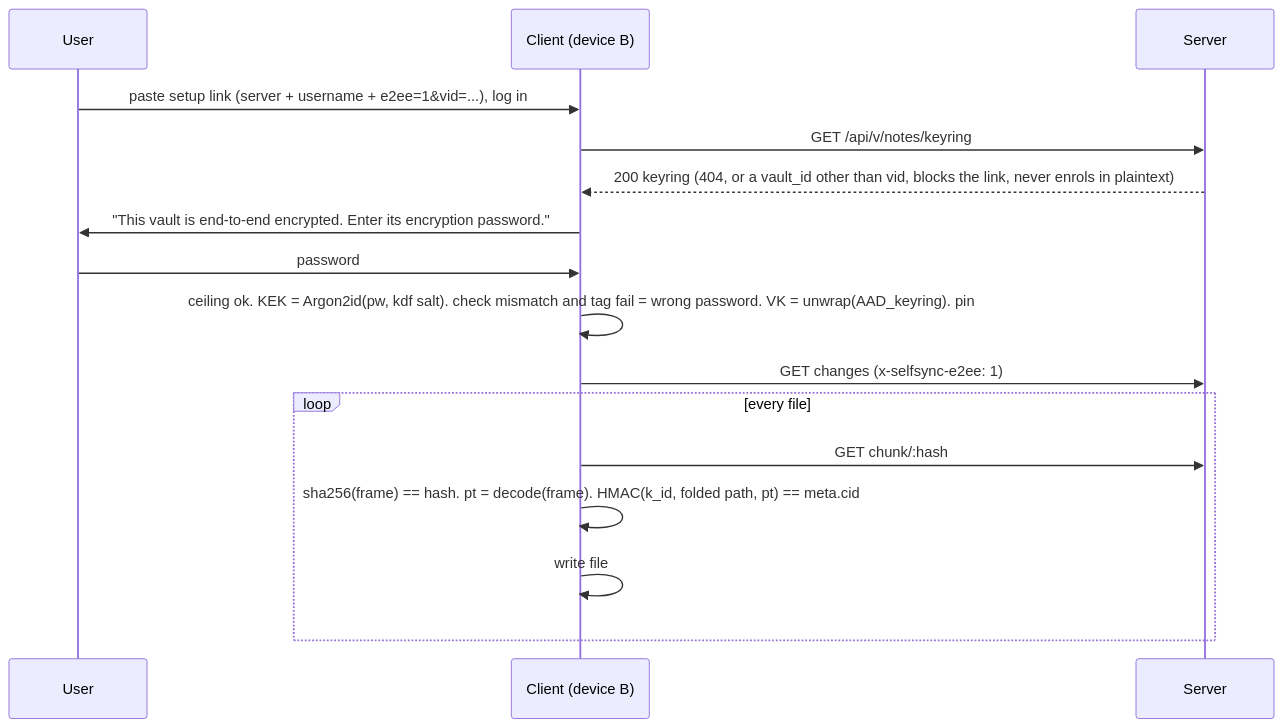
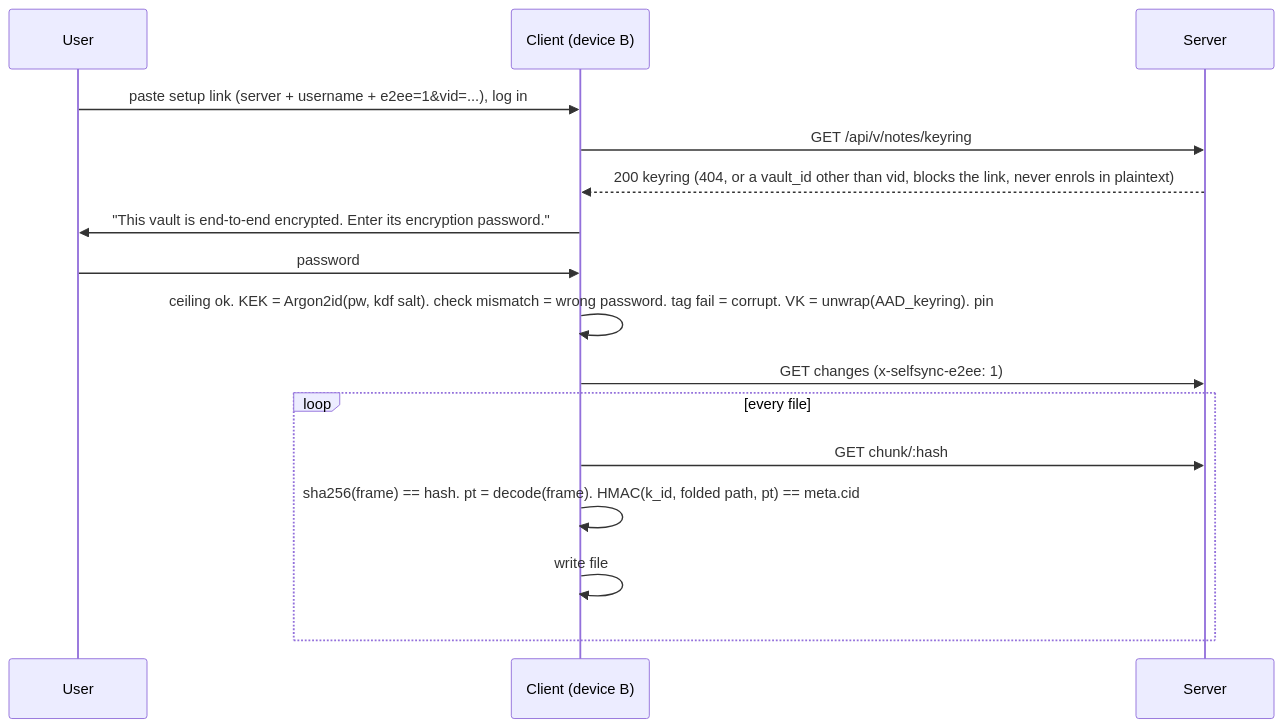
Before and after one commit to williamweatherholtz/obsidian-selfsync: the third of 4 diagrams in docs/design/specs/2026-11-10-e2ee-design.md, drawn with Mermaid. The commit also changed other lines of this file and 15 other files, not shown here.

````diff
--- a/docs/design/specs/2026-11-10-e2ee-design.md
+++ b/docs/design/specs/2026-11-10-e2ee-design.md
@@ -445,18 +476,18 @@
 ```mermaid
 sequenceDiagram
     participant U as User
     participant B as Client (device B)
     participant S as Server
     U->>B: paste setup link (server + username + e2ee=1&vid=...), log in
     B->>S: GET /api/v/notes/keyring
     S-->>B: 200 keyring (404, or a vault_id other than vid, blocks the link, never enrols in plaintext)
     B->>U: "This vault is end-to-end encrypted. Enter its encryption password."
     U->>B: password
-    B->>B: ceiling ok. KEK = Argon2id(pw, kdf salt). check mismatch and tag fail = wrong password. VK = unwrap(AAD_keyring). pin
+    B->>B: ceiling ok. KEK = Argon2id(pw, kdf salt). check mismatch = wrong password. tag fail = corrupt. VK = unwrap(AAD_keyring). pin
     B->>S: GET changes (x-selfsync-e2ee: 1)
     loop every file
         B->>S: GET chunk/:hash
         B->>B: sha256(frame) == hash. pt = decode(frame). HMAC(k_id, folded path, pt) == meta.cid
         B->>B: write file
     end
 ```
````
